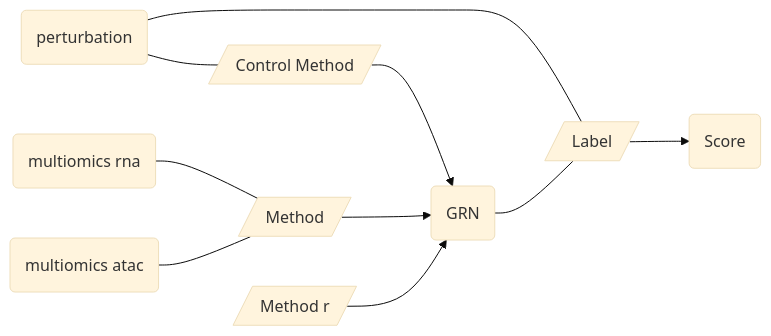
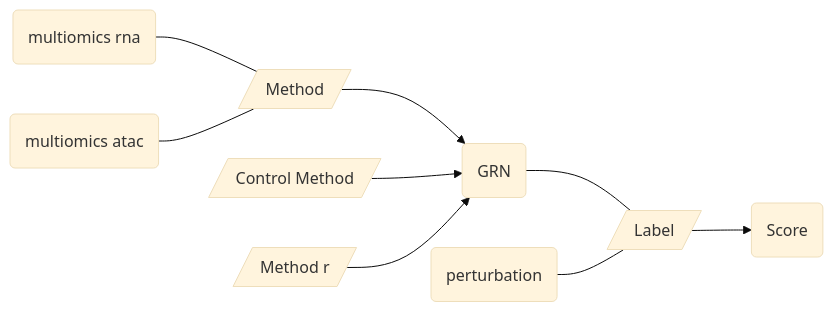
One commit to openproblems-bio/task_grn_inference changed the diagram in README.md. Above: the diagram before and after it, drawn with Mermaid (base theme). The commit also changed other lines of this file and 45 other files, not shown here.

````diff
--- a/README.md
+++ b/README.md
@@ -116,21 +114,20 @@
 ``` mermaid
 flowchart LR
+  file_multiomics_rna_h5ad("multiomics rna")
+  comp_method[/"Method"/]
+  file_prediction("GRN")
+  comp_metric[/"Label"/]
+  file_score("Score")
+  file_multiomics_atac_h5ad("multiomics atac")
   file_perturbation_h5ad("perturbation")
   comp_control_method[/"Control Method"/]
-  comp_metric[/"Label"/]
-  file_prediction("GRN")
-  file_score("Score")
-  file_multiomics_rna_h5ad("multiomics rna")
-  comp_method[/"Method"/]
-  file_multiomics_atac_h5ad("multiomics atac")
   comp_method_r[/"Method r"/]
-  file_perturbation_h5ad---comp_control_method
+  file_multiomics_rna_h5ad---comp_method
+  comp_method-->file_prediction
+  file_prediction---comp_metric
+  comp_metric-->file_score
+  file_multiomics_atac_h5ad---comp_method
   file_perturbation_h5ad---comp_metric
   comp_control_method-->file_prediction
-  comp_metric-->file_score
-  file_prediction---comp_metric
-  file_multiomics_rna_h5ad---comp_method
-  comp_method-->file_prediction
-  file_multiomics_atac_h5ad---comp_method
   comp_method_r-->file_prediction
 ```
````
